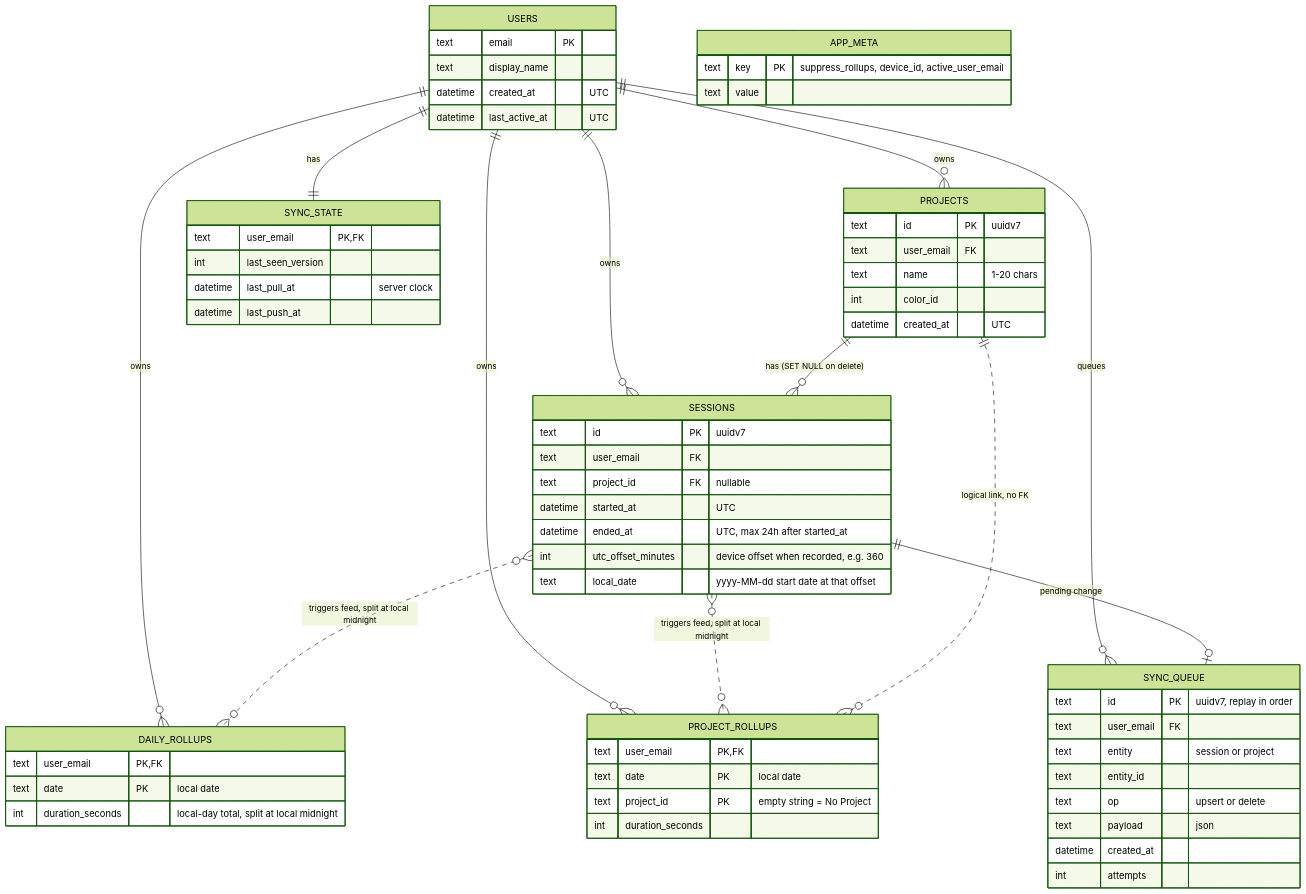
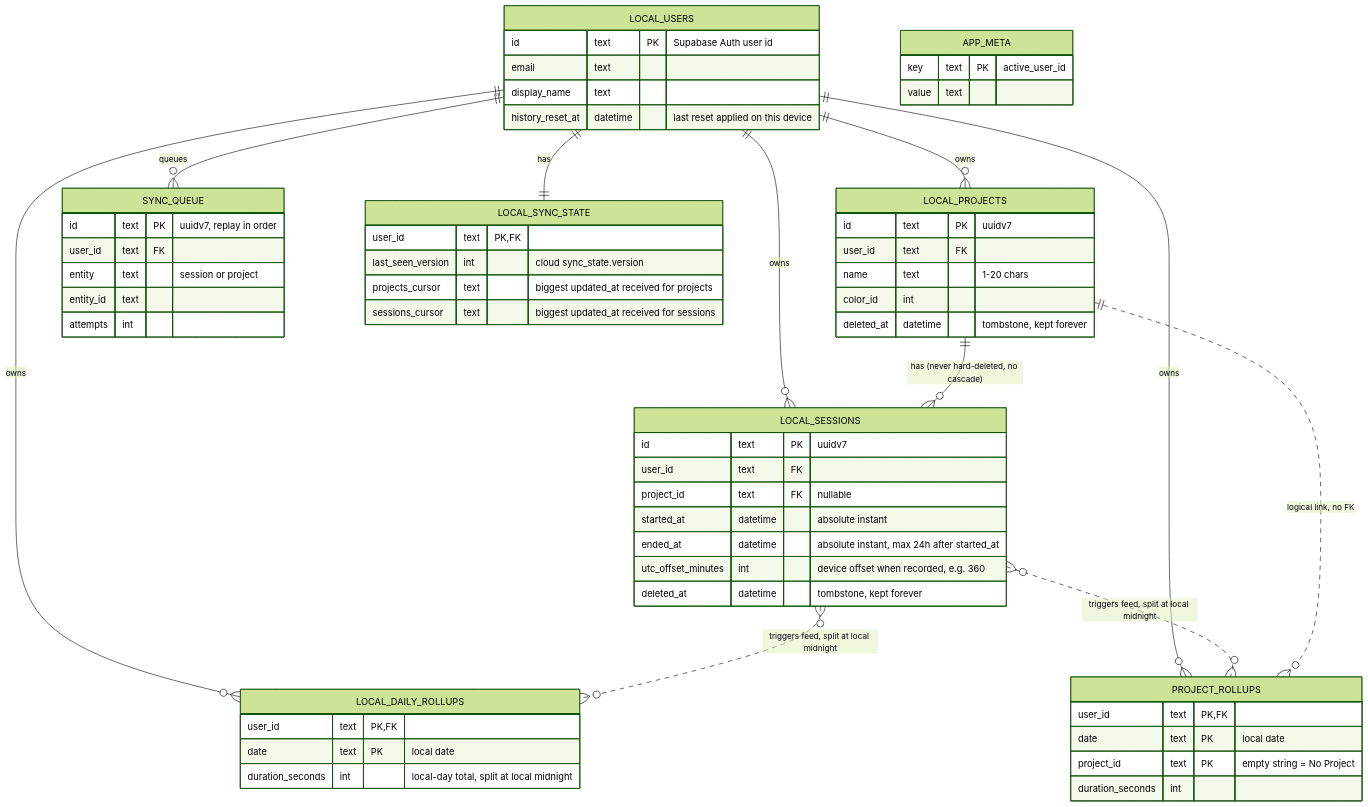
Before and after one commit to sardaar-niamotullah/tarkeez: the second of 3 diagrams in README.md, drawn with Mermaid (forest theme). The commit also changed other lines of this file, not shown here.

Commit message:
docs: add data and sync architecture README

````diff
--- a/README.md
+++ b/README.md
@@ -84,68 +267,64 @@
 ```mermaid
 erDiagram
-  USERS ||--o{ PROJECTS : owns
-  USERS ||--o{ SESSIONS : owns
-  USERS ||--o{ DAILY_ROLLUPS : owns
-  USERS ||--o{ PROJECT_ROLLUPS : owns
-  USERS ||--o{ SYNC_QUEUE : queues
-  USERS ||--|| SYNC_STATE : has
-  PROJECTS ||--o{ SESSIONS : "has (SET NULL on delete)"
-  SESSIONS }o..o{ DAILY_ROLLUPS : "triggers feed, split at local midnight"
-  SESSIONS }o..o{ PROJECT_ROLLUPS : "triggers feed, split at local midnight"
-  PROJECTS ||..o{ PROJECT_ROLLUPS : "logical link, no FK"
-  SESSIONS ||--o| SYNC_QUEUE : "pending change"
+  LOCAL_USERS ||--o{ LOCAL_PROJECTS : owns
+  LOCAL_USERS ||--o{ LOCAL_SESSIONS : owns
+  LOCAL_USERS ||--o{ LOCAL_DAILY_ROLLUPS : owns
+  LOCAL_USERS ||--o{ PROJECT_ROLLUPS : owns
+  LOCAL_USERS ||--o{ SYNC_QUEUE : queues
+  LOCAL_USERS ||--|| LOCAL_SYNC_STATE : has
+  LOCAL_PROJECTS ||--o{ LOCAL_SESSIONS : "has (never hard-deleted, no cascade)"
+  LOCAL_SESSIONS }o..o{ LOCAL_DAILY_ROLLUPS : "triggers feed, split at local midnight"
+  LOCAL_SESSIONS }o..o{ PROJECT_ROLLUPS : "triggers feed, split at local midnight"
+  LOCAL_PROJECTS ||..o{ PROJECT_ROLLUPS : "logical link, no FK"
 
-  USERS {
-    text email PK
-    text display_name
-    datetime created_at "UTC"
-    datetime last_active_at "UTC"
+  LOCAL_USERS {
+    id text PK "Supabase Auth user id"
+    email text
+    display_name text
+    history_reset_at datetime "last reset applied on this device"
   }
-  PROJECTS {
-    text id PK "uuidv7"
-    text user_email FK
-    text name "1-20 chars"
-    int color_id
-    datetime created_at "UTC"
+  LOCAL_PROJECTS {
+    id text PK "uuidv7"
+    user_id text FK
+    name text "1-20 chars"
+    color_id int
+    deleted_at datetime "tombstone, kept forever"
   }
-  SESSIONS {
-    text id PK "uuidv7"
-    text user_email FK
-    text project_id FK "nullable"
-    datetime started_at "UTC"
-    datetime ended_at "UTC, max 24h after started_at"
-    int utc_offset_minutes "device offset when recorded, e.g. 360"
-    text local_date "yyyy-MM-dd start date at that offset"
+  LOCAL_SESSIONS {
+    id text PK "uuidv7"
+    user_id text FK
+    project_id text FK "nullable"
+    started_at datetime "absolute instant"
+    ended_at datetime "absolute instant, max 24h after started_at"
+    utc_offset_minutes int "device offset when recorded, e.g. 360"
+    deleted_at datetime "tombstone, kept forever"
   }
-  DAILY_ROLLUPS {
-    text user_email PK, FK
-    text date PK "local date"
-    int duration_seconds "local-day total, split at local midnight"
+  LOCAL_DAILY_ROLLUPS {
+    user_id text PK, FK
+    date text PK "local date"
+    duration_seconds int "local-day total, split at local midnight"
   }
   PROJECT_ROLLUPS {
-    text user_email PK, FK
-    text date PK "local date"
-    text project_id PK "empty string = No Project"
-    int duration_seconds
+    user_id text PK, FK
+    date text PK "local date"
+    project_id text PK "empty string = No Project"
+    duration_seconds int
   }
   SYNC_QUEUE {
-    text id PK "uuidv7, replay in order"
-    text user_email FK
-    text entity "session or project"
-    text entity_id
-    text op "upsert or delete"
-    text payload "json"
-    datetime created_at
-    int attempts
+    id text PK "uuidv7, replay in order"
+    user_id text FK
+    entity text "session or project"
+    entity_id text
+    attempts int
   }
-  SYNC_STATE {
-    text user_email PK, FK
-    int last_seen_version
-    datetime last_pull_at "server clock"
-    datetime last_push_at
+  LOCAL_SYNC_STATE {
+    user_id text PK, FK
+    last_seen_version int "cloud sync_state.version"
+    projects_cursor text "biggest updated_at received for projects"
+    sessions_cursor text "biggest updated_at received for sessions"
   }
   APP_META {
-    text key PK "suppress_rollups, device_id, active_user_email"
-    text value
+    key text PK "active_user_id"
+    value text
   }
 ```
````
